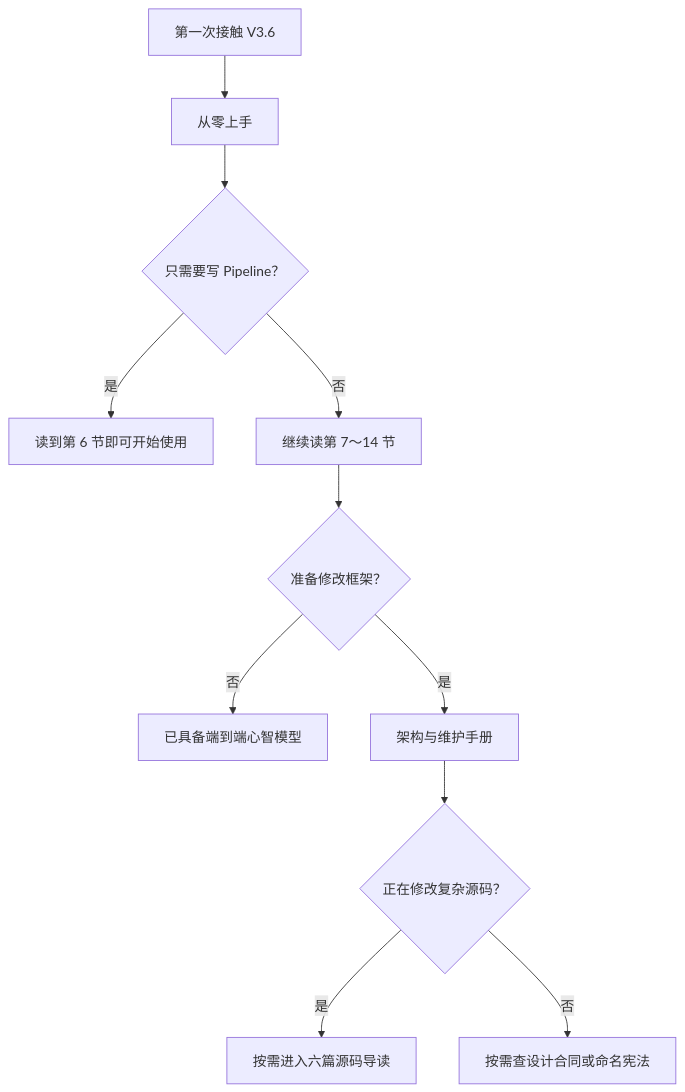
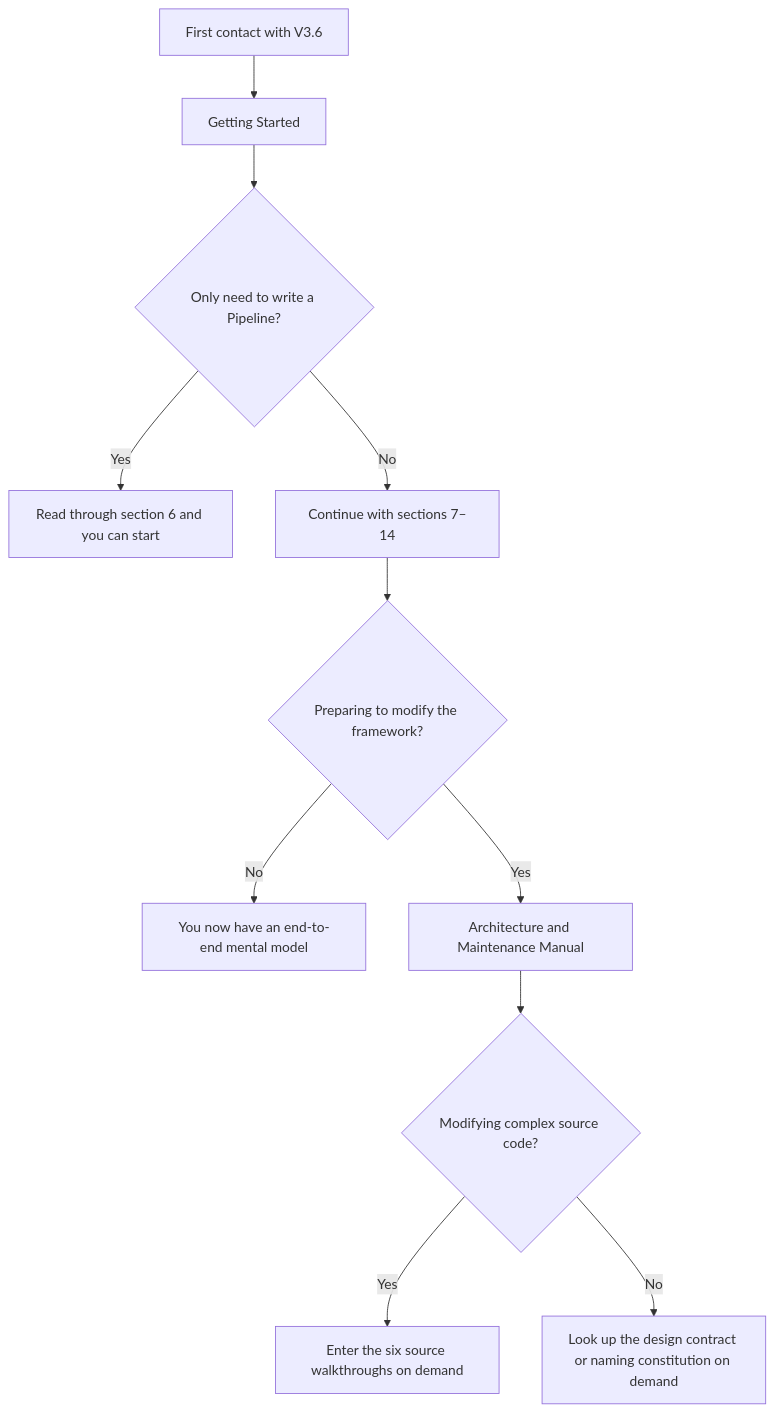
The diagram in docs/multigrain_v3_6_documentation_map.md (OpenDCAI/RayOrch), drawn with Mermaid before and after one commit. The commit also changed other lines of this file and 31 other files, not shown here.

Commit message:
docs(v3.6): publish bilingual architecture guides

````diff
--- a/docs/multigrain_v3_6_documentation_map.md
+++ b/docs/multigrain_v3_6_documentation_map.md
@@ -14,13 +90,13 @@
 ```mermaid
 flowchart TD
-    Start["第一次接触 V3.6"] --> GettingStarted["从零上手"]
-    GettingStarted --> User{"只需要写 Pipeline？"}
-    User -->|是| StopUser["读到第 6 节即可开始使用"]
-    User -->|否| Runtime["继续读第 7～14 节"]
-    Runtime --> Maintainer{"准备修改框架？"}
-    Maintainer -->|否| StopRuntime["已具备端到端心智模型"]
-    Maintainer -->|是| Guide["架构与维护手册"]
-    Guide --> Source{"正在修改复杂源码？"}
-    Source -->|是| Walkthrough["按需进入六篇源码导读"]
-    Source -->|否| Contract["按需查设计合同或命名宪法"]
+    Start["First contact with V3.6"] --> GettingStarted["Getting Started"]
+    GettingStarted --> User{"Only need to write a Pipeline?"}
+    User -->|Yes| StopUser["Read through section 6 and you can start"]
+    User -->|No| Runtime["Continue with sections 7–14"]
+    Runtime --> Maintainer{"Preparing to modify the framework?"}
+    Maintainer -->|No| StopRuntime["You now have an end-to-end mental model"]
+    Maintainer -->|Yes| Guide["Architecture and Maintenance Manual"]
+    Guide --> Source{"Modifying complex source code?"}
+    Source -->|Yes| Walkthrough["Enter the six source walkthroughs on demand"]
+    Source -->|No| Contract["Look up the design contract or naming constitution on demand"]
 ```
````
